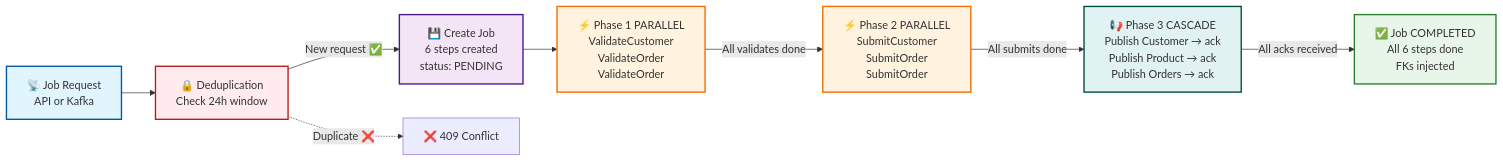
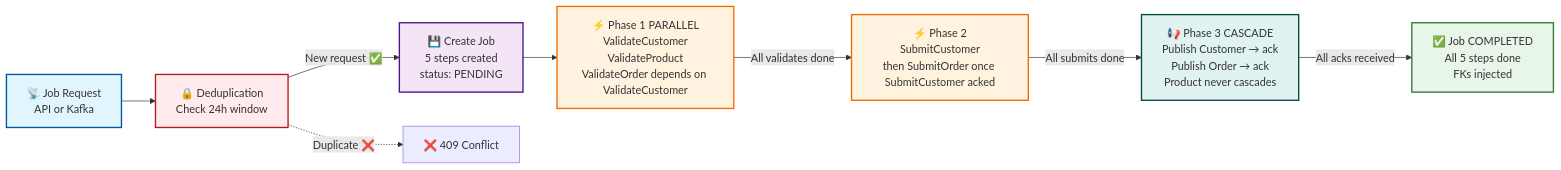
The eighth of 9 diagrams in docs/guides/system-architecture.md (inctasoft/setpoint-evals-dtm-examples), drawn with Mermaid before and after one commit. The commit also changed other lines of this file, not shown here.

First line of the commit message:
docs: rewrite stale ETL-era system-architecture.md section against real DAG (#13)

````diff
--- a/docs/guides/system-architecture.md
+++ b/docs/guides/system-architecture.md
@@ -956,38 +945,38 @@
 ```mermaid
 graph LR
     START[📡 Job Request<br/>API or Kafka]
 
     DEDUP[🔒 Deduplication<br/>Check 24h window]
 
-    CREATE[💾 Create Job<br/>6 steps created<br/>status: PENDING]
+    CREATE[💾 Create Job<br/>5 steps created<br/>status: PENDING]
 
-    PHASE1[⚡ Phase 1 PARALLEL<br/>ValidateCustomer<br/>ValidateOrder<br/>ValidateOrder]
+    PHASE1[⚡ Phase 1 PARALLEL<br/>ValidateCustomer<br/>ValidateProduct<br/>ValidateOrder depends on ValidateCustomer]
 
-    PHASE2[⚡ Phase 2 PARALLEL<br/>SubmitCustomer<br/>SubmitOrder<br/>SubmitOrder]
+    PHASE2[⚡ Phase 2<br/>SubmitCustomer<br/>then SubmitOrder once SubmitCustomer acked]
 
-    CASCADE[📢 Phase 3 CASCADE<br/>Publish Customer → ack<br/>Publish Product → ack<br/>Publish Orders → ack]
+    CASCADE[📢 Phase 3 CASCADE<br/>Publish Customer → ack<br/>Publish Order → ack<br/>Product never cascades]
 
-    COMPLETE[✅ Job COMPLETED<br/>All 6 steps done<br/>FKs injected]
+    COMPLETE[✅ Job COMPLETED<br/>All 5 steps done<br/>FKs injected]
 
     START --> DEDUP
     DEDUP -->|New request ✅| CREATE
     DEDUP -.->|Duplicate ❌| REJECT[❌ 409 Conflict]
     CREATE --> PHASE1
     PHASE1 -->|All validates done| PHASE2
     PHASE2 -->|All submits done| CASCADE
     CASCADE -->|All acks received| COMPLETE
 
     classDef entry fill:#e1f5fe,stroke:#01579b,stroke-width:2px
     classDef security fill:#ffebee,stroke:#b71c1c,stroke-width:2px
     classDef orchestrator fill:#f3e5f5,stroke:#4a148c,stroke-width:2px
     classDef processing fill:#fff3e0,stroke:#ef6c00,stroke-width:2px
     classDef kafka fill:#e0f2f1,stroke:#004d40,stroke-width:2px
     classDef complete fill:#e8f5e9,stroke:#2e7d32,stroke-width:2px
 
     class START entry
     class DEDUP security
     class CREATE orchestrator
     class PHASE1,PHASE2 processing
     class CASCADE kafka
     class COMPLETE complete
 ```
````
